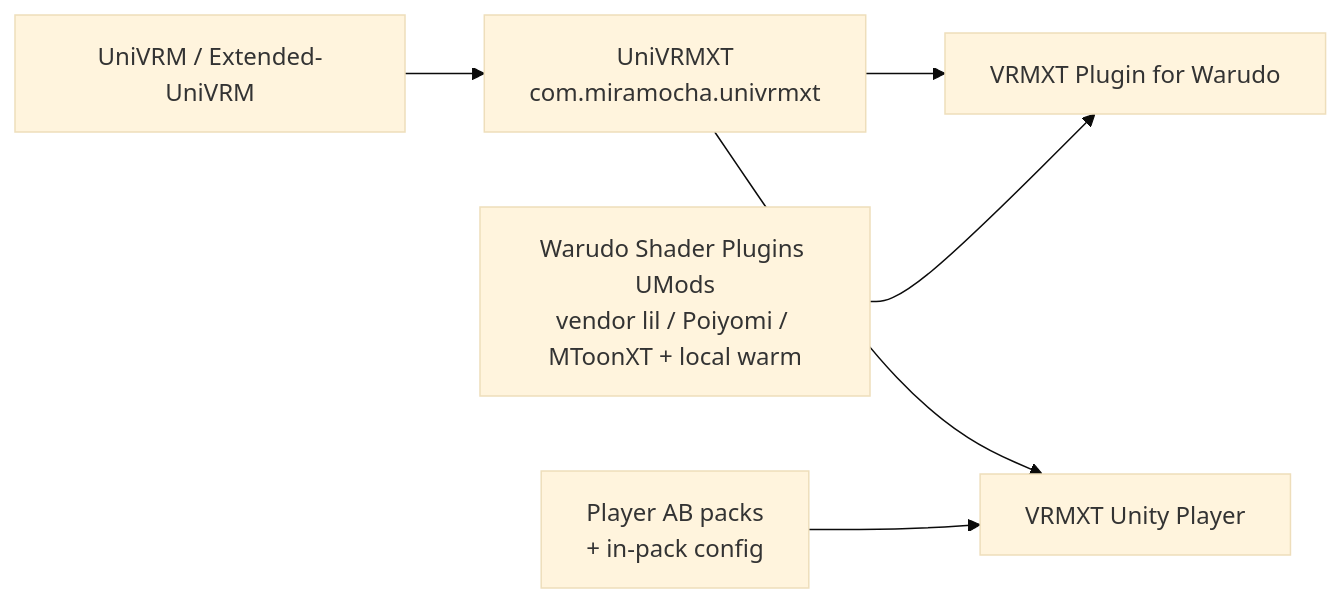
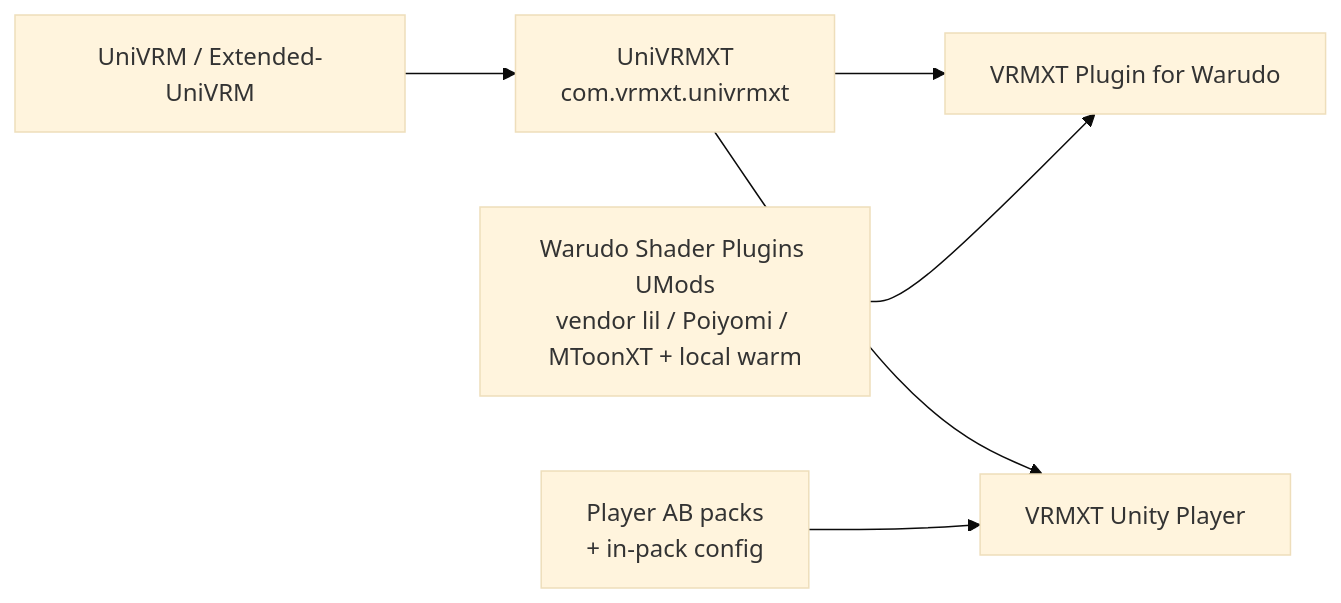
One commit to miramocha/Extended-VRM-Specs changed the second of 2 diagrams in implementations/vrmxt-unity-packages.md. Above: the diagram before and after it, drawn with Mermaid (base theme). The commit also changed other lines of this file and 28 other files, not shown here.

````diff
--- a/implementations/vrmxt-unity-packages.md
+++ b/implementations/vrmxt-unity-packages.md
@@ -73,14 +73,14 @@
 ```mermaid
 flowchart LR
   univrm["UniVRM / Extended-UniVRM"]
-  univrmxt["UniVRMXT<br/>com.miramocha.univrmxt"]
+  univrmxt["UniVRMXT<br/>com.vrmxt.univrmxt"]
   wshaders["Warudo Shader Plugins UMods<br/>vendor lil / Poiyomi / MToonXT + local warm"]
   packs["Player AB packs<br/>+ in-pack config"]
   warudo["VRMXT Plugin for Warudo"]
   player["VRMXT Unity Player"]
   univrm --> univrmxt
   univrmxt --> warudo
   wshaders --> warudo
   univrmxt --> player
   packs --> player
 ```
````
